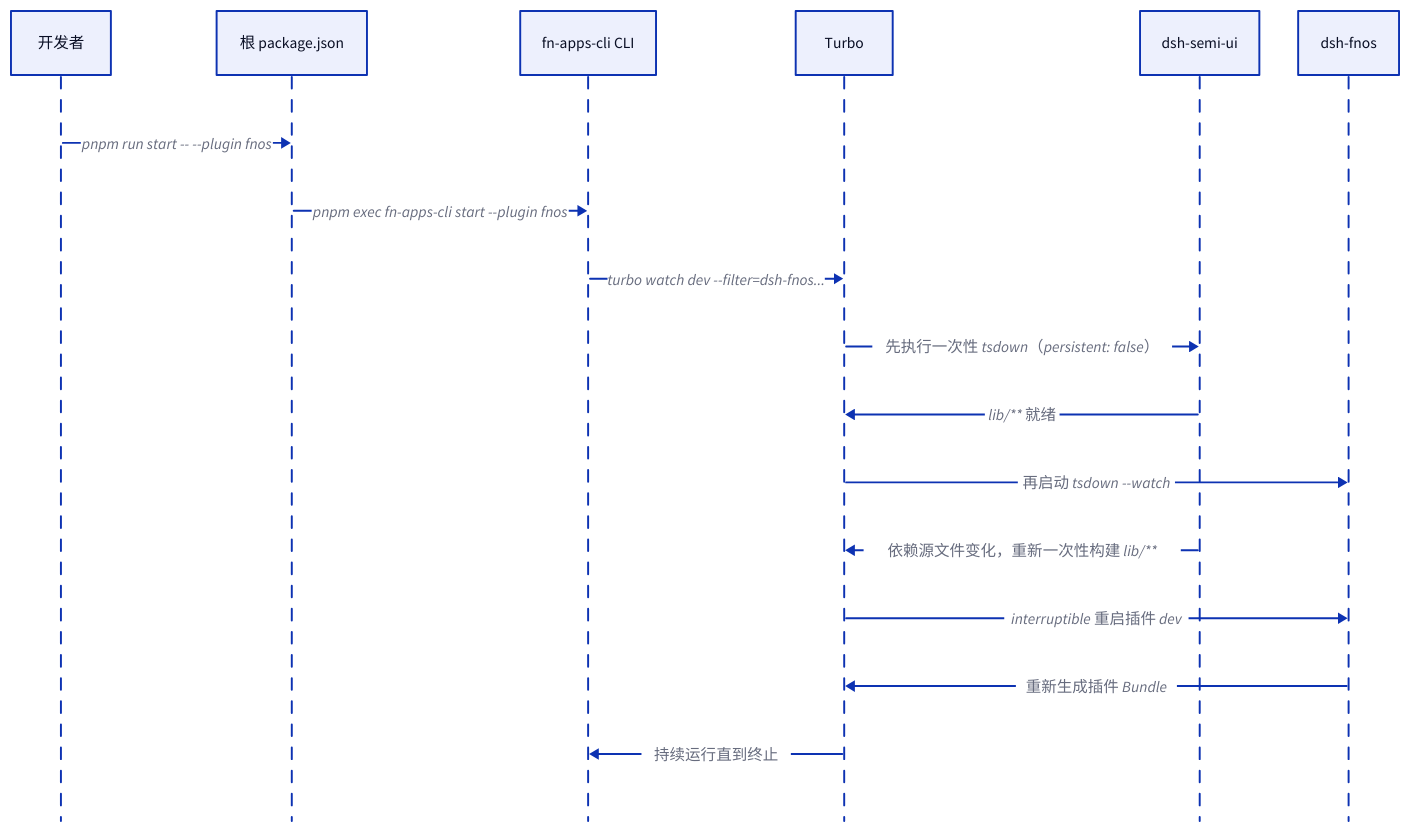
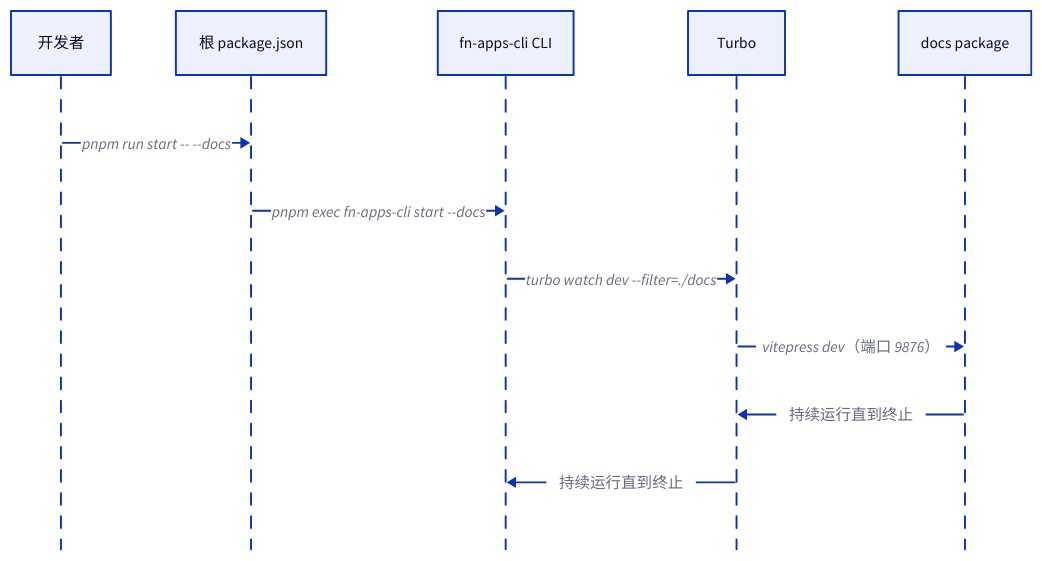
Diagram 12 of 12 in docs/development/package-tasks-and-turbo.md (tnnevol/fn-os-apps), drawn with D2 before and after one commit. The commit also changed other lines of this file and 504 other files, not shown here.

````diff
--- a/docs/development/package-tasks-and-turbo.md
+++ b/docs/development/package-tasks-and-turbo.md
@@ -492,20 +404,15 @@
 ```d2
 developer: 开发者
 root: 根 package.json
 cli: fn-apps-cli CLI
 turbo: Turbo
-semi: dsh-semi-ui
-plugin: dsh-fnos
+docs: docs package
 
 shape: sequence_diagram
-developer -> root: pnpm run start -- --plugin fnos
-root -> cli: pnpm exec fn-apps-cli start --plugin fnos
-cli -> turbo: turbo watch dev --filter=dsh-fnos...
-turbo -> semi: 先执行一次性 tsdown（persistent: false）
-semi -> turbo: lib/** 就绪
-turbo -> plugin: 再启动 tsdown --watch
-semi -> turbo: 依赖源文件变化，重新一次性构建 lib/**
-turbo -> plugin: interruptible 重启插件 dev
-plugin -> turbo: 重新生成插件 Bundle
+developer -> root: pnpm run start -- --docs
+root -> cli: pnpm exec fn-apps-cli start --docs
+cli -> turbo: turbo watch dev --filter=./docs
+turbo -> docs: vitepress dev（端口 9876）
+docs -> turbo: 持续运行直到终止
 turbo -> cli: 持续运行直到终止
 ```
````
